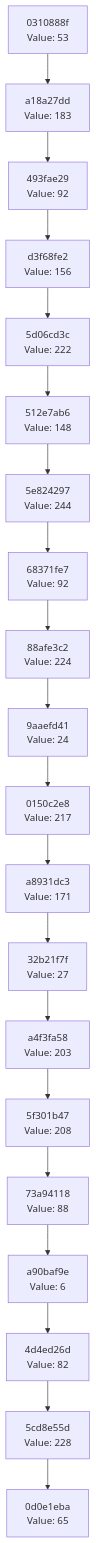
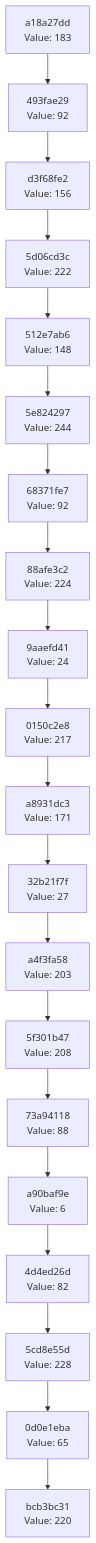
One commit to Abhisheksinha1506/hash-chain-evolver changed the diagram in docs/CHAIN_VISUALIZATION.md. Above: the diagram before and after it, drawn with Mermaid. The commit also changed 3 other files, not shown here.

````diff
--- a/docs/CHAIN_VISUALIZATION.md
+++ b/docs/CHAIN_VISUALIZATION.md
@@ -3,42 +3,42 @@
 ```mermaid
 graph TD
-    C0["0d0e1eba<br/>Value: 65"]
-    C1["5cd8e55d<br/>Value: 228"]
+    C0["bcb3bc31<br/>Value: 220"]
+    C1["0d0e1eba<br/>Value: 65"]
     C1 --> C0
-    C2["4d4ed26d<br/>Value: 82"]
+    C2["5cd8e55d<br/>Value: 228"]
     C2 --> C1
-    C3["a90baf9e<br/>Value: 6"]
+    C3["4d4ed26d<br/>Value: 82"]
     C3 --> C2
-    C4["73a94118<br/>Value: 88"]
+    C4["a90baf9e<br/>Value: 6"]
     C4 --> C3
-    C5["5f301b47<br/>Value: 208"]
+    C5["73a94118<br/>Value: 88"]
     C5 --> C4
-    C6["a4f3fa58<br/>Value: 203"]
+    C6["5f301b47<br/>Value: 208"]
     C6 --> C5
-    C7["32b21f7f<br/>Value: 27"]
+    C7["a4f3fa58<br/>Value: 203"]
     C7 --> C6
-    C8["a8931dc3<br/>Value: 171"]
+    C8["32b21f7f<br/>Value: 27"]
     C8 --> C7
-    C9["0150c2e8<br/>Value: 217"]
+    C9["a8931dc3<br/>Value: 171"]
     C9 --> C8
-    C10["9aaefd41<br/>Value: 24"]
+    C10["0150c2e8<br/>Value: 217"]
     C10 --> C9
-    C11["88afe3c2<br/>Value: 224"]
+    C11["9aaefd41<br/>Value: 24"]
     C11 --> C10
-    C12["68371fe7<br/>Value: 92"]
+    C12["88afe3c2<br/>Value: 224"]
     C12 --> C11
-    C13["5e824297<br/>Value: 244"]
+    C13["68371fe7<br/>Value: 92"]
     C13 --> C12
-    C14["512e7ab6<br/>Value: 148"]
+    C14["5e824297<br/>Value: 244"]
     C14 --> C13
-    C15["5d06cd3c<br/>Value: 222"]
+    C15["512e7ab6<br/>Value: 148"]
     C15 --> C14
-    C16["d3f68fe2<br/>Value: 156"]
+    C16["5d06cd3c<br/>Value: 222"]
     C16 --> C15
-    C17["493fae29<br/>Value: 92"]
+    C17["d3f68fe2<br/>Value: 156"]
     C17 --> C16
-    C18["a18a27dd<br/>Value: 183"]
+    C18["493fae29<br/>Value: 92"]
     C18 --> C17
-    C19["0310888f<br/>Value: 53"]
+    C19["a18a27dd<br/>Value: 183"]
     C19 --> C18
 ```
````
